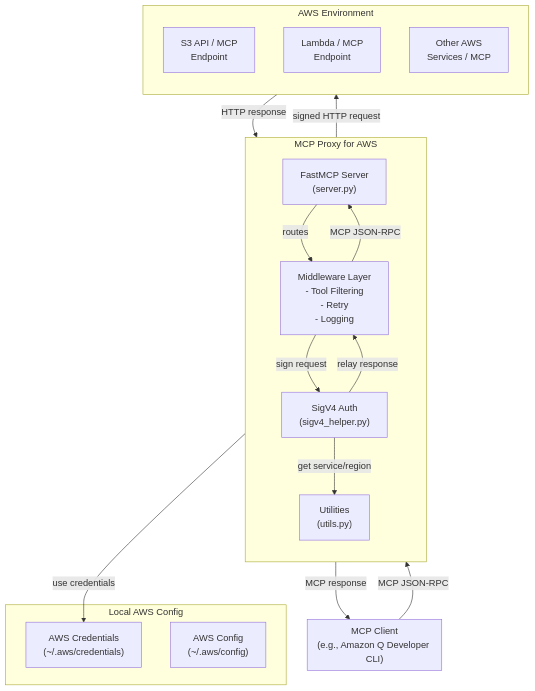
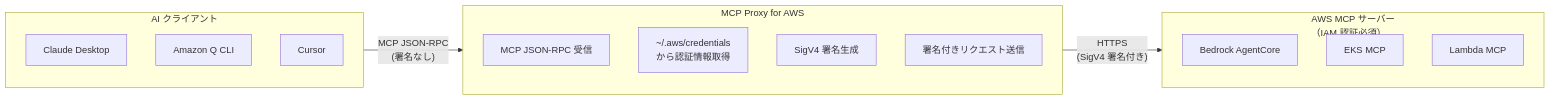
The diagram in IMPLEMENTATION.md (mazyu36/mcp-proxy-for-aws), drawn with Mermaid before and after one commit. The commit also changed other lines of this file, not shown here.

````diff
--- a/IMPLEMENTATION.md
+++ b/IMPLEMENTATION.md
@@ -195,37 +21,24 @@
 ```mermaid
-graph TB
-    subgraph Client["MCP Client<br/>(e.g., Amazon Q Developer CLI)"]
-        direction TB
+flowchart LR
+    subgraph Client["AI クライアント"]
+        C1["Claude Desktop"]
+        C2["Amazon Q CLI"]
+        C3["Cursor"]
     end
 
     subgraph Proxy["MCP Proxy for AWS"]
-        direction TB
-        Server["FastMCP Server<br/>(server.py)"]
-        Auth["SigV4 Auth<br/>(sigv4_helper.py)"]
-        Middleware["Middleware Layer<br/>- Tool Filtering<br/>- Retry<br/>- Logging"]
-        Utils["Utilities<br/>(utils.py)"]
+        P1["MCP JSON-RPC 受信"]
+        P2["~/.aws/credentials<br/>から認証情報取得"]
+        P3["SigV4 署名生成"]
+        P4["署名付きリクエスト送信"]
     end
 
-    subgraph AWS["AWS Environment"]
-        direction TB
-        S3["S3 API / MCP<br/>Endpoint"]
-        Lambda["Lambda / MCP<br/>Endpoint"]
-        Other["Other AWS<br/>Services / MCP"]
+    subgraph AWS["AWS MCP サーバー<br/>（IAM 認証必須）"]
+        A1["Bedrock AgentCore"]
+        A2["EKS MCP"]
+        A3["Lambda MCP"]
     end
 
-    subgraph LocalAWS["Local AWS Config"]
-        Creds["AWS Credentials<br/>(~/.aws/credentials)"]
-        Config["AWS Config<br/>(~/.aws/config)"]
-    end
-
-    Client -->|MCP JSON-RPC| Server
-    Server -->|routes| Middleware
-    Middleware -->|sign request| Auth
-    Auth -->|use credentials| Creds
-    Auth -->|get service/region| Utils
-    Auth -->|signed HTTP request| AWS
-    AWS -->|HTTP response| Auth
-    Auth -->|relay response| Middleware
-    Middleware -->|MCP JSON-RPC| Server
-    Server -->|MCP response| Client
+    Client -->|"MCP JSON-RPC<br/>(署名なし)"| Proxy
+    Proxy -->|"HTTPS<br/>(SigV4 署名付き)"| AWS
 ```
````
